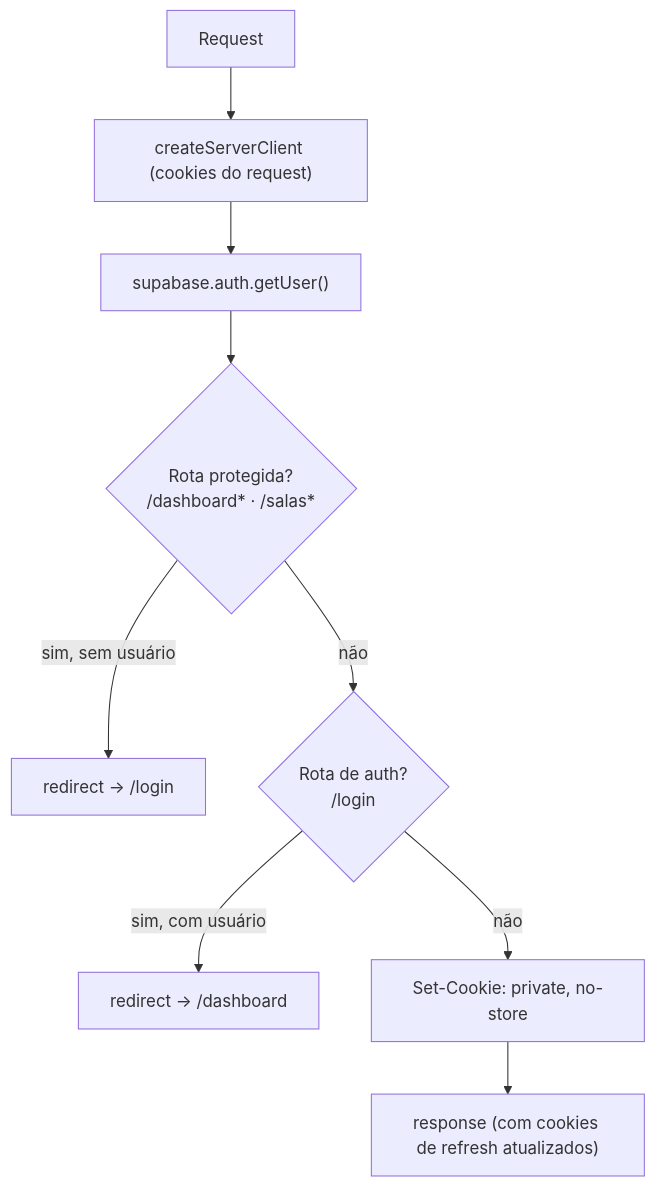
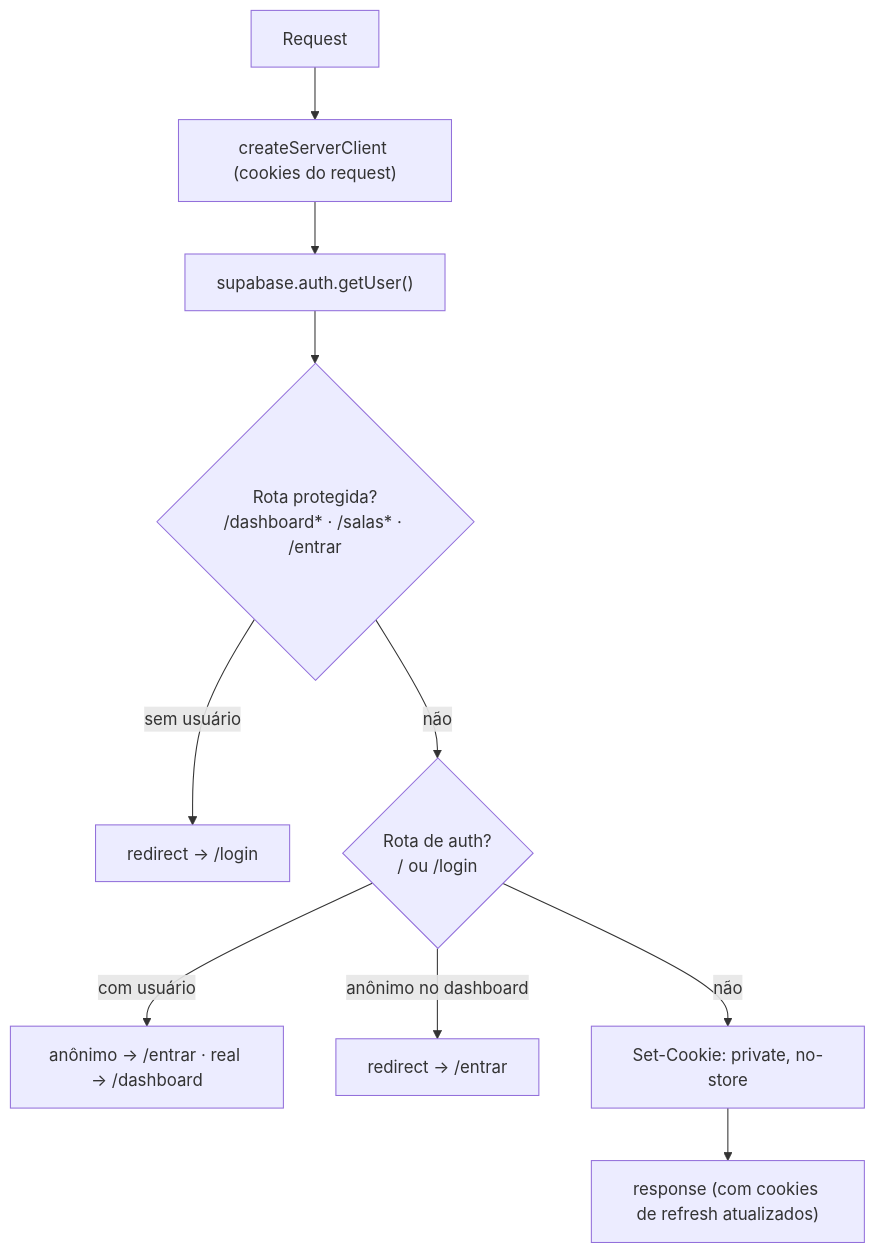
The fourth of 14 diagrams in docs/flows/fluxos-do-sistema.md (cavalcanteprofissional/karaoke-flow), drawn with Mermaid before and after one commit. The commit also changed other lines of this file and 37 other files, not shown here.

````diff
--- a/docs/flows/fluxos-do-sistema.md
+++ b/docs/flows/fluxos-do-sistema.md
@@ -45,11 +57,12 @@
 ```mermaid
 flowchart TD
     A["Request"] --> B["createServerClient (cookies do request)"]
     B --> C["supabase.auth.getUser()"]
-    C --> D{Rota protegida?<br/>/dashboard* · /salas*}
-    D -- sim, sem usuário --> E["redirect → /login"]
-    D -- não --> F{Rota de auth?<br/>/login}
-    F -- sim, com usuário --> G["redirect → /dashboard"]
-    F -- não --> H["Set-Cookie: private, no-store"]
+    C --> D{Rota protegida?<br/>/dashboard* · /salas* · /entrar}
+    D -->|sem usuário| E["redirect → /login"]
+    D -->|não| F{Rota de auth?<br/>/ ou /login}
+    F -->|com usuário| G["anônimo → /entrar · real → /dashboard"]
+    F -->|anônimo no dashboard| G2["redirect → /entrar"]
+    F -->|não| H["Set-Cookie: private, no-store"]
     H --> I["response (com cookies de refresh atualizados)"]
 ```
````
